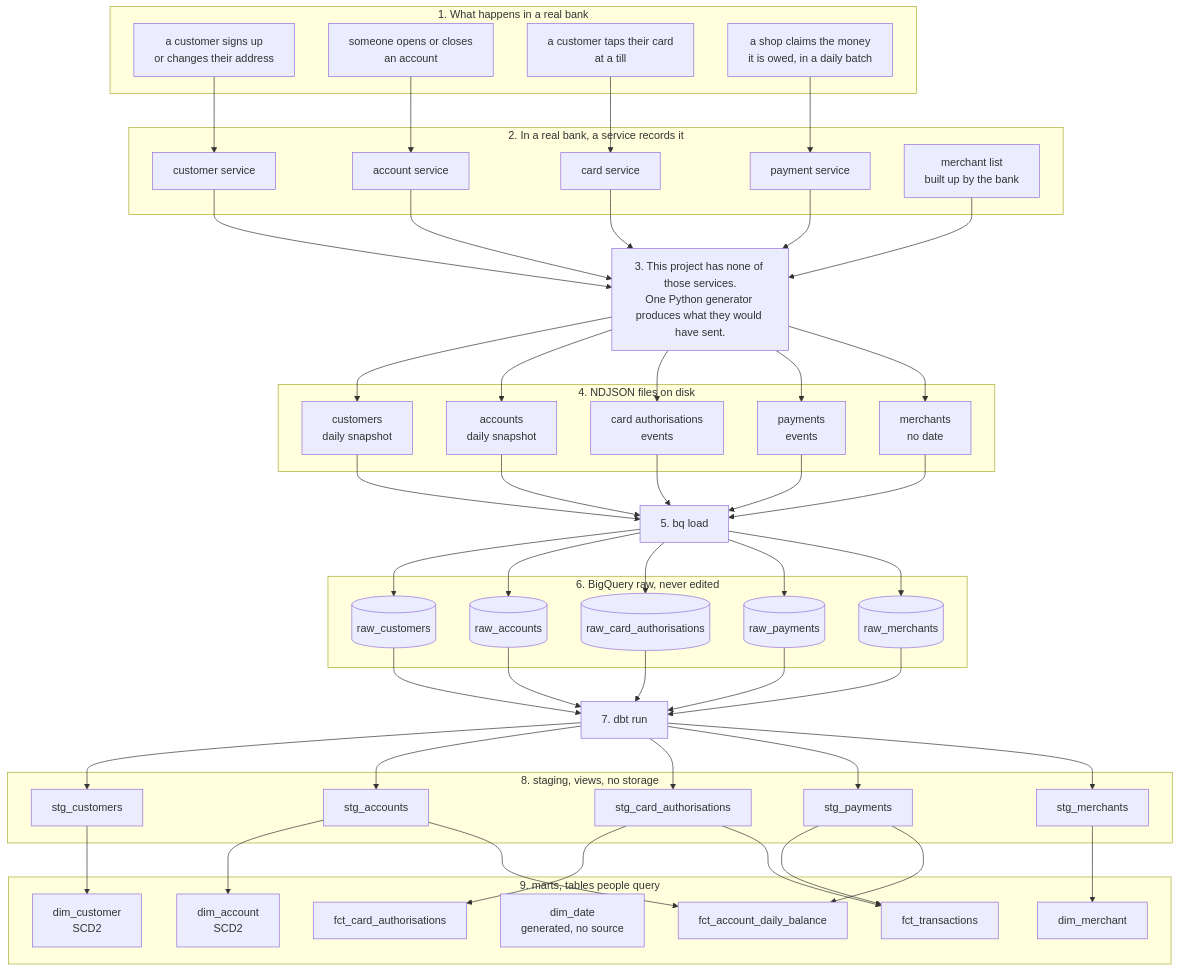
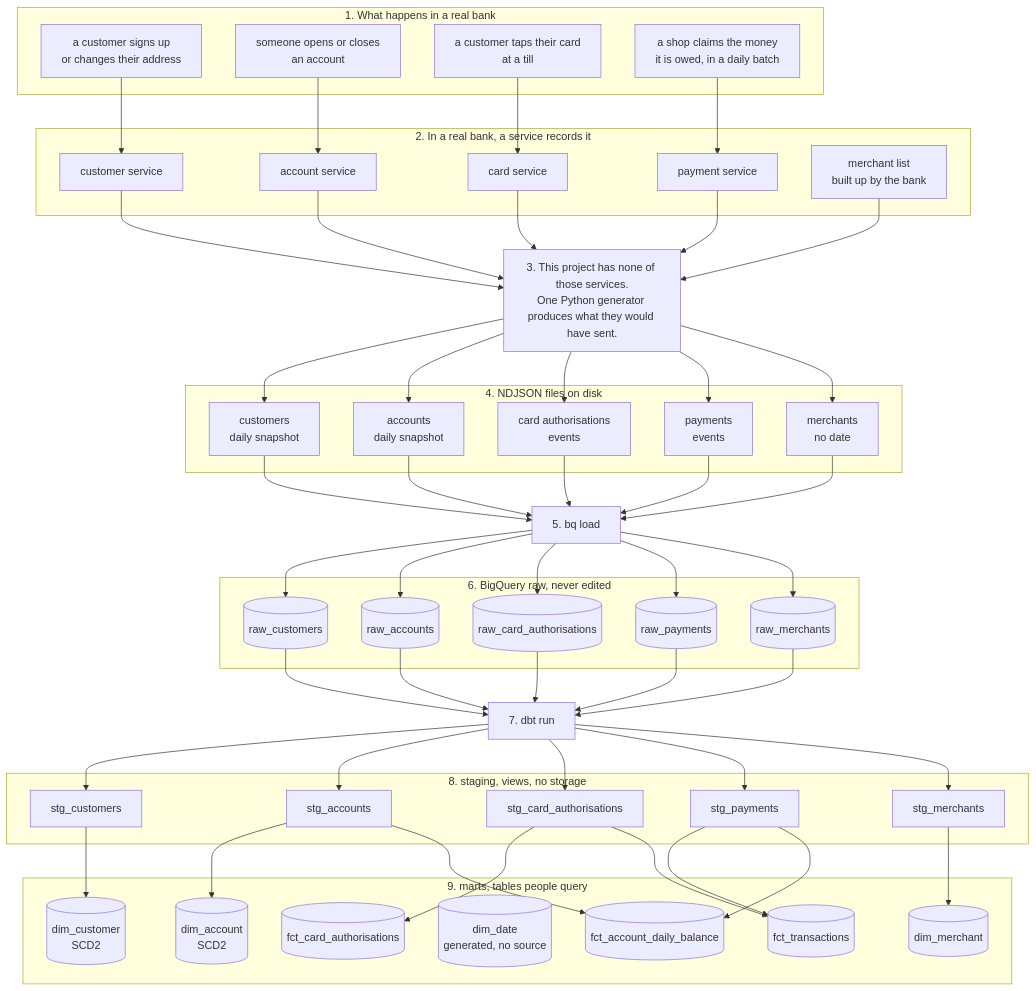
One commit to faithcodes-lab/neobank-warehouse changed the first of 2 diagrams in docs/architecture.md. Above: the diagram before and after it, drawn with Mermaid.

Commit message:
draw mart tables as cylinders, like the raw tables

````diff
--- a/docs/architecture.md
+++ b/docs/architecture.md
@@ -17,80 +17,80 @@
 ```mermaid
 flowchart TD
     subgraph world["1. What happens in a real bank"]
         w1["a customer signs up<br/>or changes their address"]
         w2["someone opens or closes<br/>an account"]
         w3["a customer taps their card<br/>at a till"]
         w4["a shop claims the money<br/>it is owed, in a daily batch"]
     end
 
     subgraph svc["2. In a real bank, a service records it"]
         c1["customer service"]
         c2["account service"]
         c3["card service"]
         c4["payment service"]
         c5["merchant list<br/>built up by the bank"]
     end
 
     gen["3. This project has none of those services.<br/>One Python generator produces what they would have sent."]
 
     subgraph files["4. NDJSON files on disk"]
         f1["customers<br/>daily snapshot"]
         f2["accounts<br/>daily snapshot"]
         f3["card authorisations<br/>events"]
         f4["payments<br/>events"]
         f5["merchants<br/>no date"]
     end
 
     load["5. bq load"]
 
     subgraph raw["6. BigQuery raw, never edited"]
         r1[("raw_customers")]
         r2[("raw_accounts")]
         r3[("raw_card_authorisations")]
         r4[("raw_payments")]
         r5[("raw_merchants")]
     end
 
     dbtrun["7. dbt run"]
 
     subgraph staging["8. staging, views, no storage"]
         g1["stg_customers"]
         g2["stg_accounts"]
         g3["stg_card_authorisations"]
         g4["stg_payments"]
         g5["stg_merchants"]
     end
 
     subgraph marts["9. marts, tables people query"]
-        d1["dim_customer<br/>SCD2"]
-        d2["dim_account<br/>SCD2"]
-        d3["dim_merchant"]
-        d4["dim_date<br/>generated, no source"]
-        t1["fct_card_authorisations"]
-        t2["fct_transactions"]
-        t3["fct_account_daily_balance"]
+        d1[("dim_customer<br/>SCD2")]
+        d2[("dim_account<br/>SCD2")]
+        d3[("dim_merchant")]
+        d4[("dim_date<br/>generated, no source")]
+        t1[("fct_card_authorisations")]
+        t2[("fct_transactions")]
+        t3[("fct_account_daily_balance")]
     end
 
     w1 --> c1
     w2 --> c2
     w3 --> c3
     w4 --> c4
 
     c1 & c2 & c3 & c4 & c5 --> gen
     gen --> f1 & f2 & f3 & f4 & f5
 
     f1 & f2 & f3 & f4 & f5 --> load
     load --> r1 & r2 & r3 & r4 & r5
     r1 & r2 & r3 & r4 & r5 --> dbtrun
 
     dbtrun --> g1 & g2 & g3 & g4 & g5
 
     g1 --> d1
     g2 --> d2
     g5 --> d3
     g3 --> t1
     g3 --> t2
     g4 --> t2
     g2 --> t3
     g4 --> t3
 ```
````
